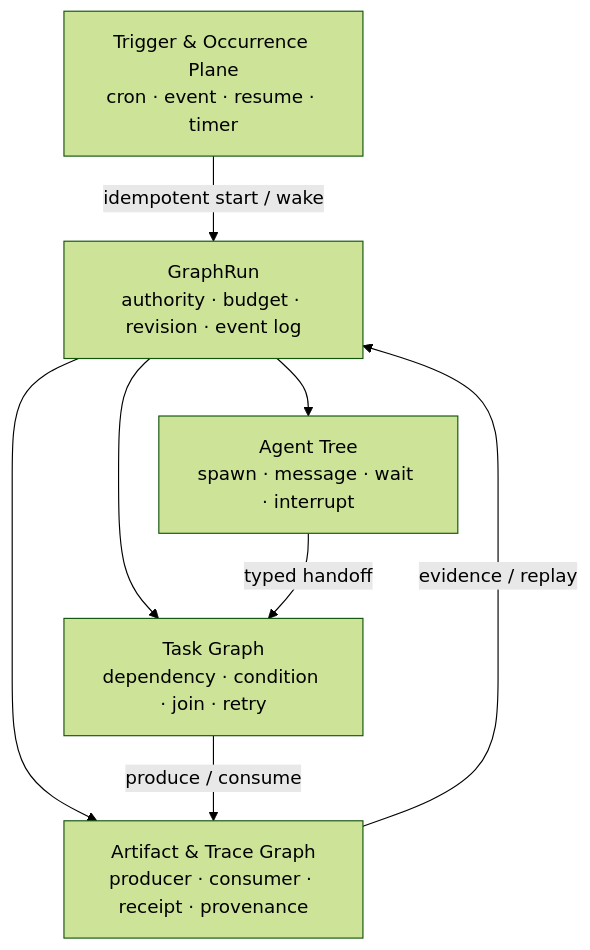
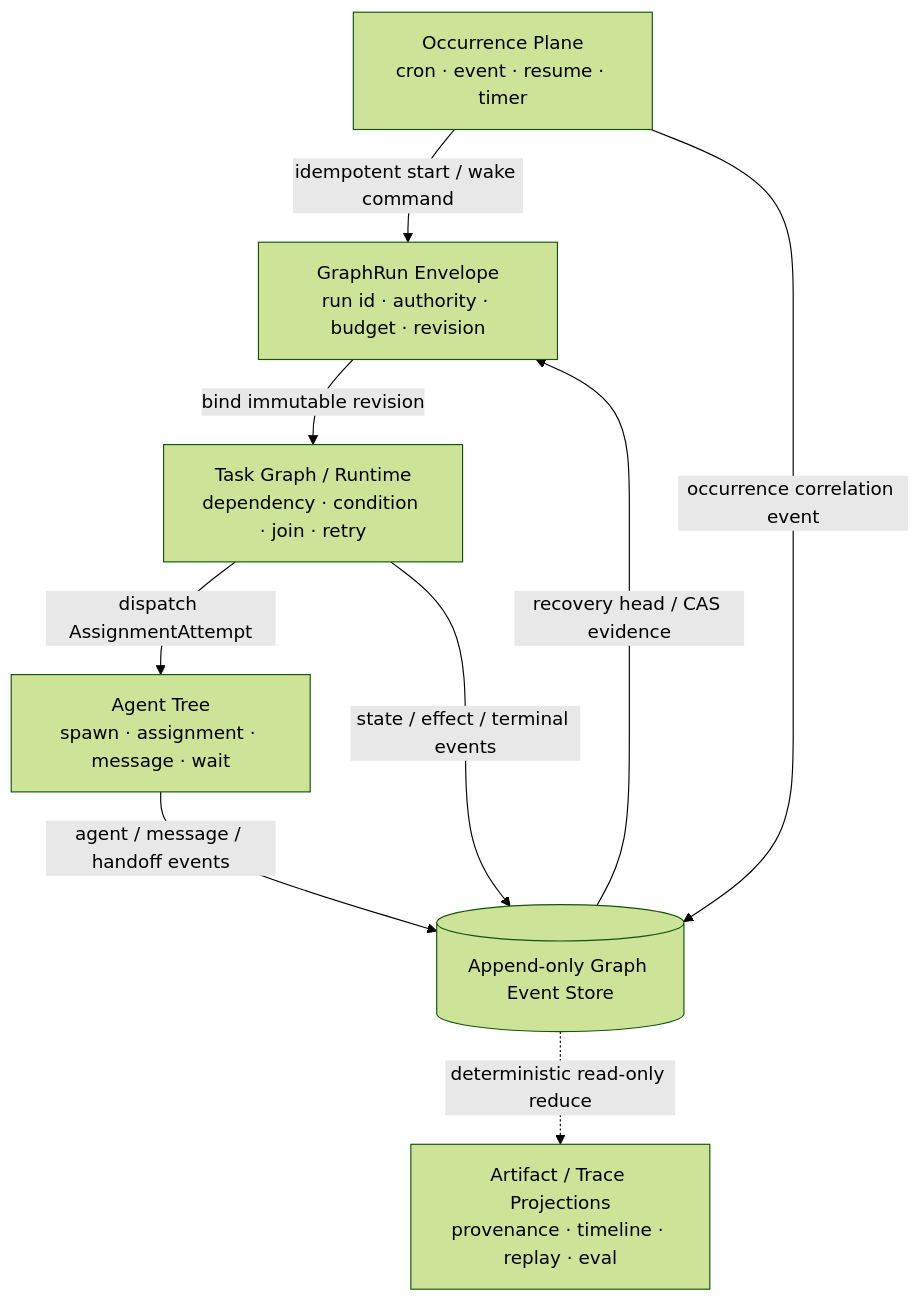
One commit to chainlesschain/chainlesschain changed the diagram in docs/CODEX_OPEN_SOURCE_GAP_ANALYSIS_2026-08-24.md. Above: the diagram before and after it, drawn with Mermaid (forest theme). The commit also changed other lines of this file and 39 other files, not shown here.

Commit message:
docs(agent-platform): align Graph Kernel guides and release status

````diff
--- a/docs/CODEX_OPEN_SOURCE_GAP_ANALYSIS_2026-08-24.md
+++ b/docs/CODEX_OPEN_SOURCE_GAP_ANALYSIS_2026-08-24.md
@@ -610,15 +610,18 @@
 ```mermaid
 flowchart TB
-  S[Trigger & Occurrence Plane<br/>cron · event · resume · timer]
-  R[GraphRun<br/>authority · budget · revision · event log]
-  A[Agent Tree<br/>spawn · message · wait · interrupt]
-  T[Task Graph<br/>dependency · condition · join · retry]
-  D[Artifact & Trace Graph<br/>producer · consumer · receipt · provenance]
-  S -->|idempotent start / wake| R
-  R --> A
-  R --> T
-  R --> D
-  A -->|typed handoff| T
-  T -->|produce / consume| D
-  D -->|evidence / replay| R
+  O[Occurrence Plane<br/>cron · event · resume · timer]
+  R[GraphRun Envelope<br/>run id · authority · budget · revision]
+  T[Task Graph / Runtime<br/>dependency · condition · join · retry]
+  A[Agent Tree<br/>spawn · assignment · message · wait]
+  E[(Append-only Graph Event Store)]
+  P[Artifact / Trace Projections<br/>provenance · timeline · replay · eval]
+
+  O -->|idempotent start / wake command| R
+  R -->|bind immutable revision| T
+  T -->|dispatch AssignmentAttempt| A
+  T -->|state / effect / terminal events| E
+  A -->|agent / message / handoff events| E
+  O -->|occurrence correlation event| E
+  E -.->|deterministic read-only reduce| P
+  E -->|recovery head / CAS evidence| R
 ```
````
